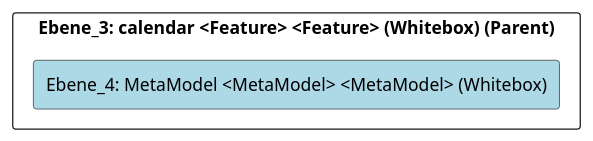
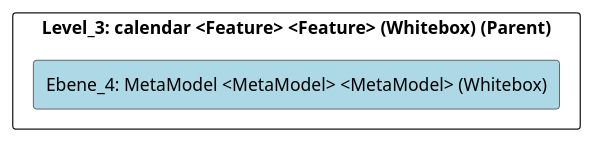
The diagram in doc/cleonproject_deliverables_architecture_model_architecture/adoc/de/05_bausteinsicht/cleon/common/calendar/metamodel/ebene_4_metamodel.adoc (marcozwyssig/cleon), drawn with PlantUML before and after one commit. The commit also changed other lines of this file and 169 other files, not shown here.

```diff
--- a/doc/cleonproject_deliverables_architecture_model_architecture/adoc/de/05_bausteinsicht/cleon/common/calendar/metamodel/ebene_4_metamodel.adoc
+++ b/doc/cleonproject_deliverables_architecture_model_architecture/adoc/de/05_bausteinsicht/cleon/common/calendar/metamodel/ebene_4_metamodel.adoc
@@ -20,24 +20,24 @@
 [plantuml, Ebene_4: MetaModel <MetaModel> <MetaModel> (Whitebox)BlockOverview, format="svg"]
 ----
 @startuml Ebene_4: MetaModel <MetaModel> <MetaModel> (Whitebox)BuildingBlockOverview
 
 skinparam ranksep 10
 skinparam componentStyle rectangle
 skinparam shadowing false
 skinparam arrowColor lightblue
 skinparam arrowThickness 1.2
 skinparam rectangle {
   BackgroundColor White
   BorderColor #333
   RoundCorner 10
 }
 top to bottom direction
 
-component "Ebene_3: calendar <Feature> <Feature> (Whitebox) (Parent)" {
+component "Level_3: calendar <Feature> <Feature> (Whitebox) (Parent)" {
     component "Ebene_4: MetaModel <MetaModel> <MetaModel> (Whitebox)" #lightblue {
     }
 
 }
 
 @enduml
 ----
```
